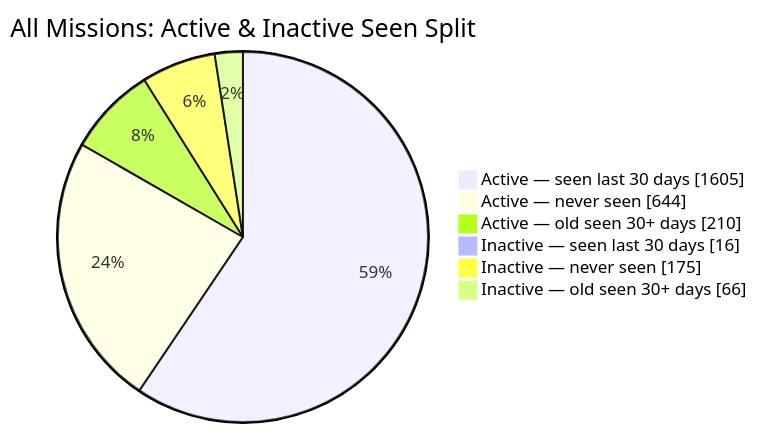
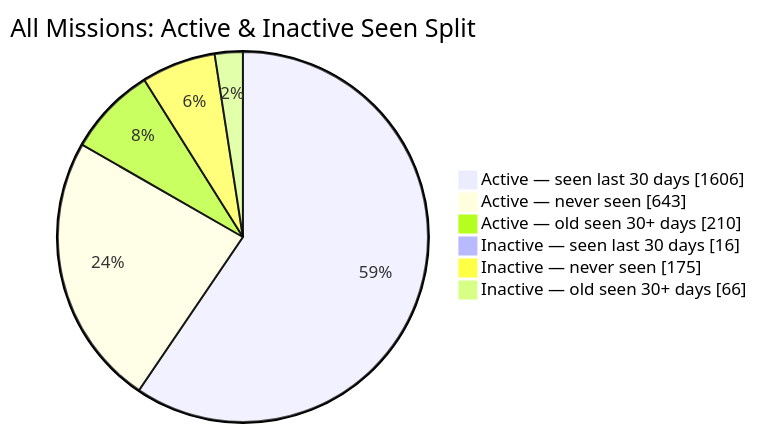
Before and after one commit to MeldkamerspelGameTeam/active-missions: the second of 2 diagrams in README.md, drawn with Mermaid. The commit also changed other lines of this file and 3 other files, not shown here.

````diff
--- a/README.md
+++ b/README.md
@@ -44,10 +44,10 @@
 ```mermaid
 pie showData
     title All Missions: Active & Inactive Seen Split
-    "Active — seen last 30 days" : 1605
-    "Active — never seen" : 644
+    "Active — seen last 30 days" : 1606
+    "Active — never seen" : 643
     "Active — old seen 30+ days" : 210
     "Inactive — seen last 30 days" : 16
     "Inactive — never seen" : 175
     "Inactive — old seen 30+ days" : 66
 ```
````
